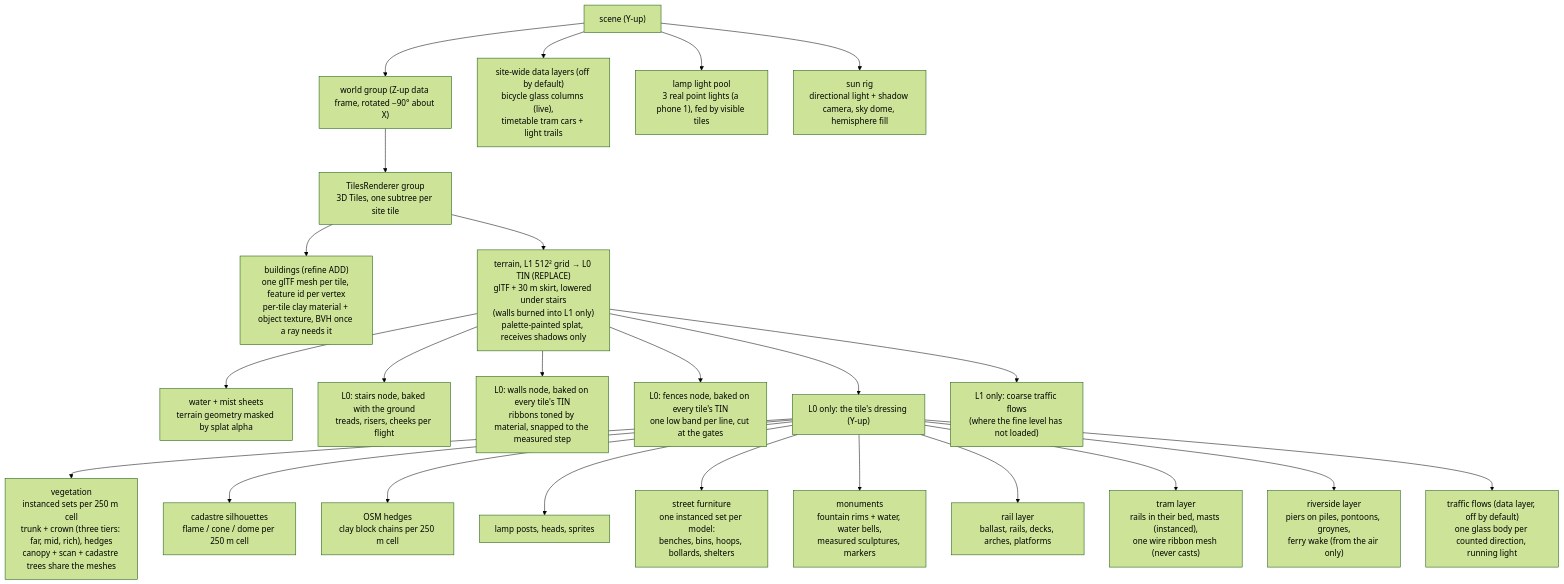
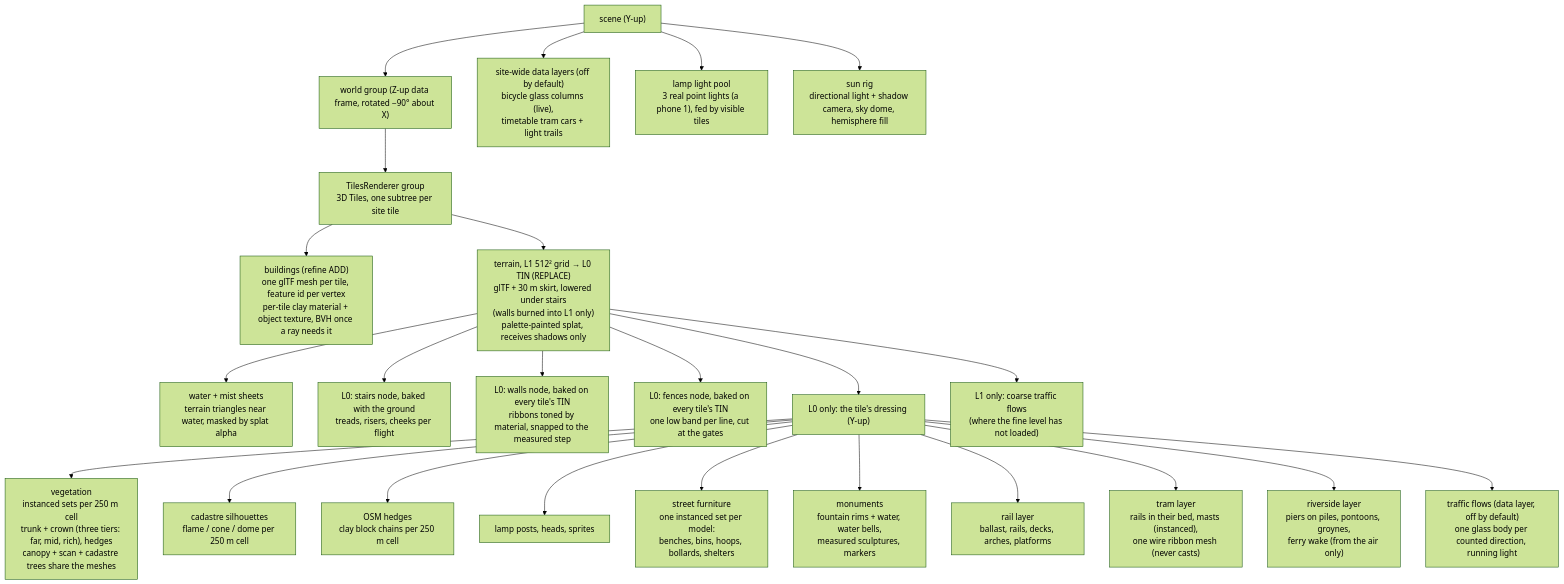
The first of 2 diagrams in docs/rendering.md (mdugue/bridge), drawn with Mermaid (forest theme) before and after one commit. The commit also changed other lines of this file and 7 other files, not shown here.

First line of the commit message:
perf(water): hang the water and mist sheets over water only

````diff
--- a/docs/rendering.md
+++ b/docs/rendering.md
@@ -25,29 +25,29 @@
 ```mermaid
 flowchart TB
   SCENE["scene (Y-up)"]
   WORLD["world group (Z-up data frame, rotated −90° about X)"]
   TILES["TilesRenderer group<br/>3D Tiles, one subtree per site tile"]
   SCENE --> WORLD
   WORLD --> TILES
   TILES --> CITY["buildings (refine ADD)<br/>one glTF mesh per tile, feature id per vertex<br/>per-tile clay material + object texture, BVH once a ray needs it"]
   TILES --> TER["terrain, L1 512² grid → L0 TIN (REPLACE)<br/>glTF + 30 m skirt, lowered under stairs<br/>(walls burned into L1 only)<br/>palette-painted splat, receives shadows only"]
-  TER --> WAT["water + mist sheets<br/>terrain geometry masked by splat alpha"]
+  TER --> WAT["water + mist sheets<br/>terrain triangles near water, masked by splat alpha"]
   TER --> STAIR["L0: stairs node, baked with the ground<br/>treads, risers, cheeks per flight"]
   TER --> WALL["L0: walls node, baked on every tile's TIN<br/>ribbons toned by material, snapped to the measured step"]
   TER --> FENCE["L0: fences node, baked on every tile's TIN<br/>one low band per line, cut at the gates"]
   TER --> DRESS["L0 only: the tile's dressing (Y-up)"]
   DRESS --> VEG["vegetation<br/>instanced sets per 250 m cell<br/>trunk + crown (three tiers: far, mid, rich), hedges<br/>canopy + scan + cadastre trees share the meshes"]
   DRESS --> INV["cadastre silhouettes<br/>flame / cone / dome per 250 m cell"]
   DRESS --> LOW["OSM hedges<br/>clay block chains per 250 m cell"]
   DRESS --> LAMP["lamp posts, heads, sprites"]
   DRESS --> FURN["street furniture<br/>one instanced set per model:<br/>benches, bins, hoops, bollards, shelters"]
   DRESS --> MON["monuments<br/>fountain rims + water, water bells,<br/>measured sculptures, markers"]
   DRESS --> RAIL["rail layer<br/>ballast, rails, decks, arches, platforms"]
   DRESS --> TRAM["tram layer<br/>rails in their bed, masts (instanced),<br/>one wire ribbon mesh (never casts)"]
   DRESS --> RIV["riverside layer<br/>piers on piles, pontoons, groynes,<br/>ferry wake (from the air only)"]
   DRESS --> TRAF["traffic flows (data layer, off by default)<br/>one glass body per counted direction, running light"]
   TER --> TRAFC["L1 only: coarse traffic flows<br/>(where the fine level has not loaded)"]
   SCENE --> DATA["site-wide data layers (off by default)<br/>bicycle glass columns (live),<br/>timetable tram cars + light trails"]
   SCENE --> LIGHTS["lamp light pool<br/>3 real point lights (a phone 1), fed by visible tiles"]
   SCENE --> SUN["sun rig<br/>directional light + shadow camera, sky dome, hemisphere fill"]
 ```
````
